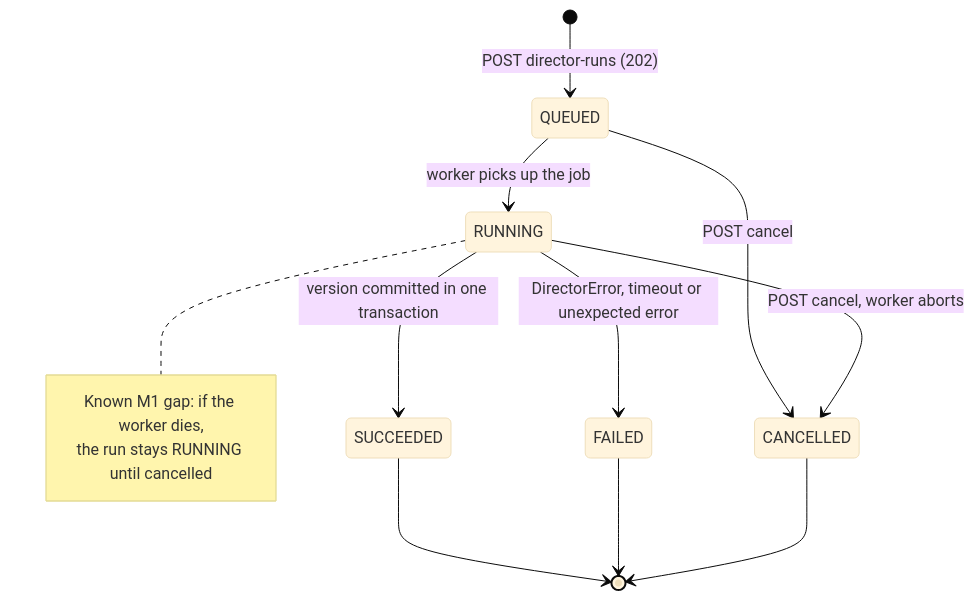
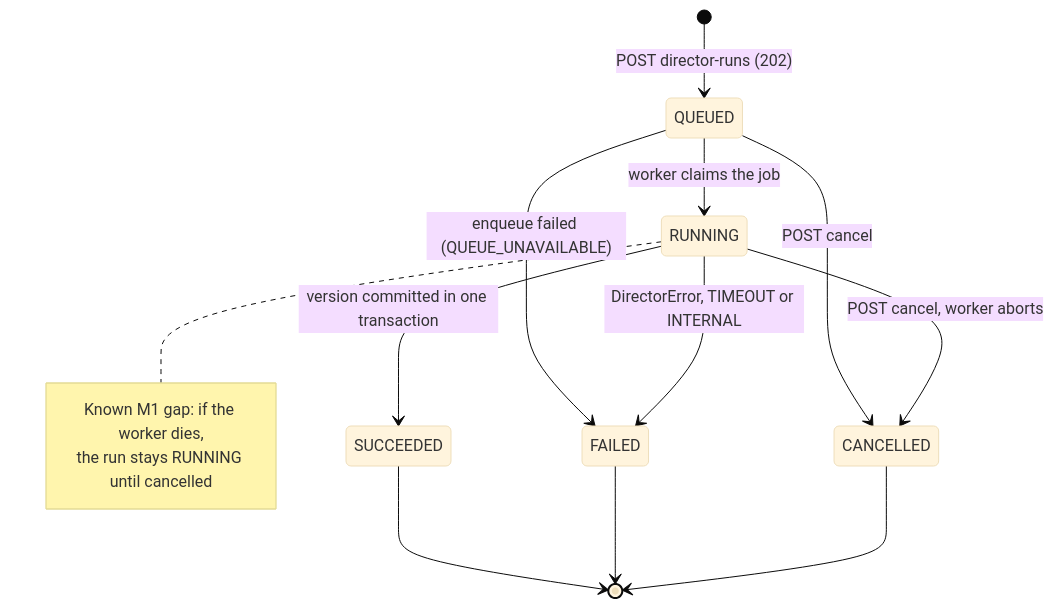
Before and after one commit to Gokulraj002/Video-Creation: the third of 4 diagrams in docs/DATABASE.md, drawn with Mermaid (base theme). The commit also changed other lines of this file and 1 other file, not shown here.

First line of the commit message:
docs: architecture (system, containers, director pipeline, run sequence) and database

````diff
--- a/docs/DATABASE.md
+++ b/docs/DATABASE.md
@@ -346,17 +357,18 @@
 ```mermaid
 stateDiagram-v2
   [*] --> QUEUED: POST director-runs (202)
-  QUEUED --> RUNNING: worker picks up the job
+  QUEUED --> RUNNING: worker claims the job
   QUEUED --> CANCELLED: POST cancel
+  QUEUED --> FAILED: enqueue failed (QUEUE_UNAVAILABLE)
   RUNNING --> SUCCEEDED: version committed in one transaction
-  RUNNING --> FAILED: DirectorError, timeout or unexpected error
+  RUNNING --> FAILED: DirectorError, TIMEOUT or INTERNAL
   RUNNING --> CANCELLED: POST cancel, worker aborts
   SUCCEEDED --> [*]
   FAILED --> [*]
   CANCELLED --> [*]
 
   note right of RUNNING
     Known M1 gap: if the worker dies,
     the run stays RUNNING until cancelled
   end note
 ```
````
